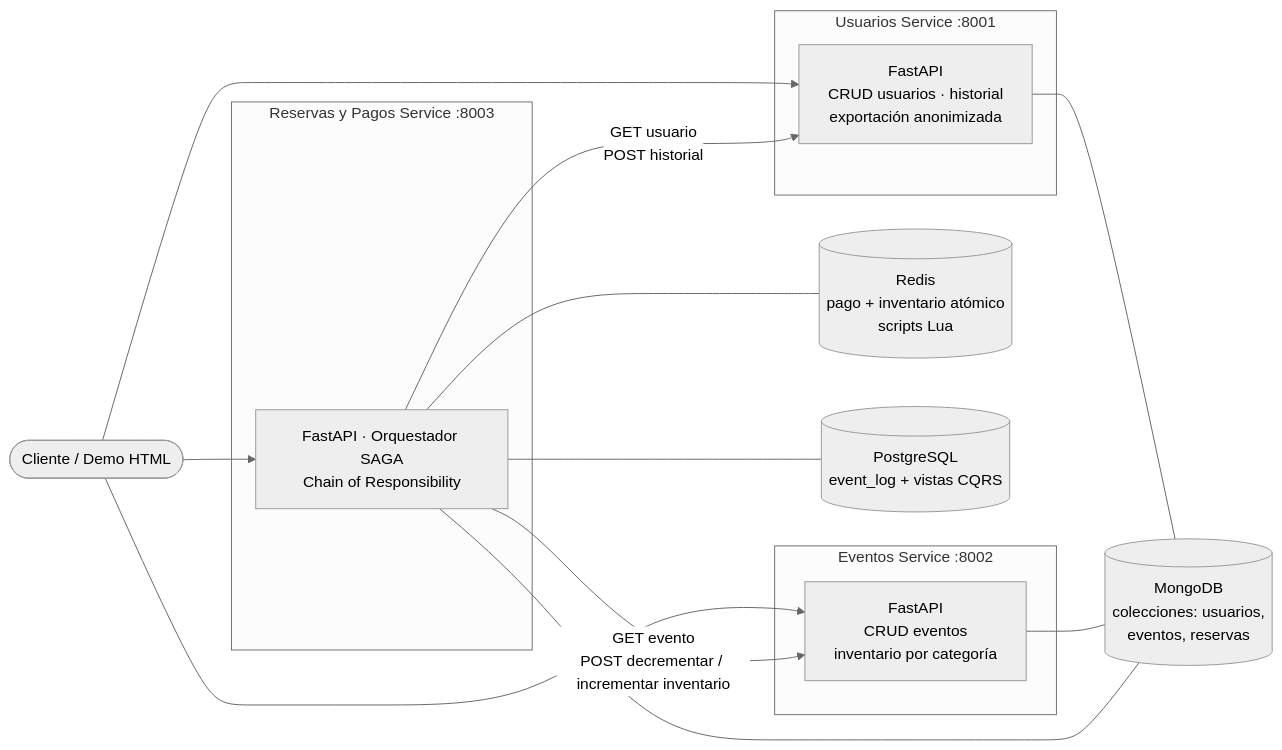
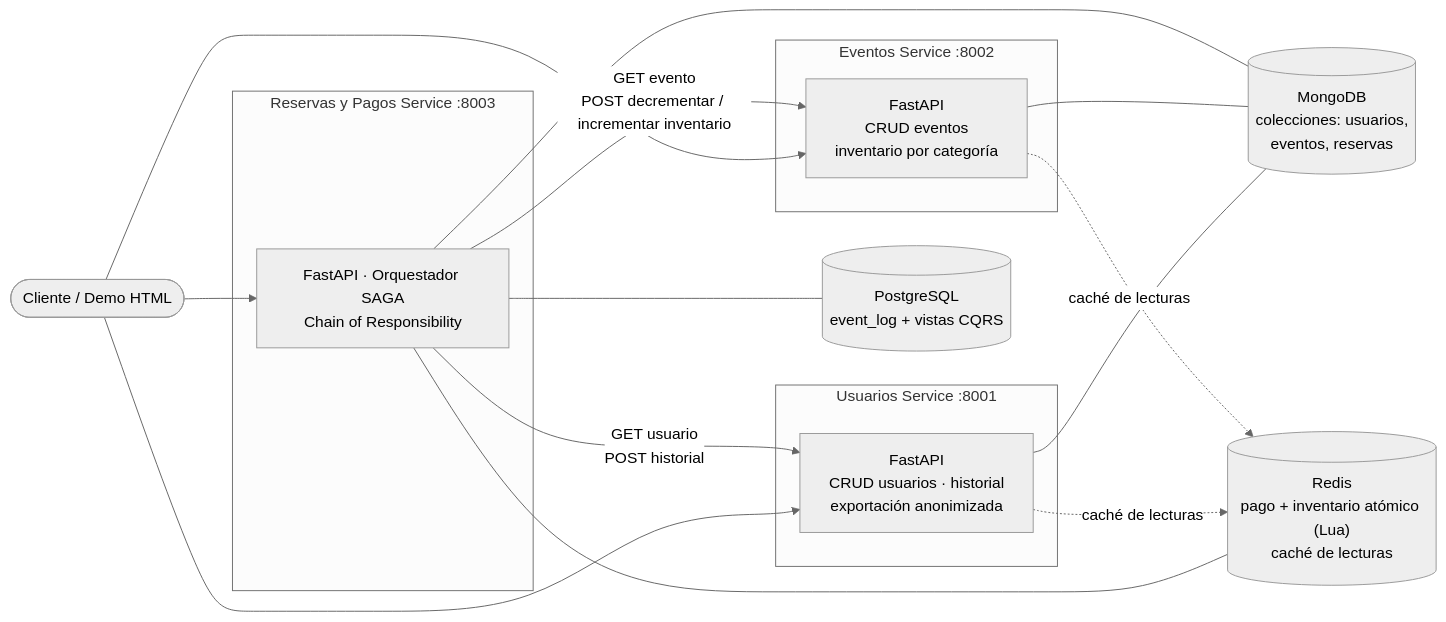
One commit to fmq203/FQ-NoSQL-2026 changed the first of 3 diagrams in TAREA 2/README.md. Above: the diagram before and after it, drawn with Mermaid (neutral theme). The commit also changed other lines of this file and 1 other file, not shown here.

First line of the commit message:
docs: AP read cache in README, architecture diagram and demo

````diff
--- a/TAREA 2/README.md
+++ b/TAREA 2/README.md
@@ -9,31 +9,33 @@
 ```mermaid
 flowchart LR
     C(["Cliente / Demo HTML"])
 
     subgraph US["Usuarios Service :8001"]
         U["FastAPI<br/>CRUD usuarios · historial<br/>exportación anonimizada"]
     end
     subgraph EV["Eventos Service :8002"]
         E["FastAPI<br/>CRUD eventos<br/>inventario por categoría"]
     end
     subgraph RS["Reservas y Pagos Service :8003"]
         R["FastAPI · Orquestador SAGA<br/>Chain of Responsibility"]
     end
 
     MG[("MongoDB<br/>colecciones: usuarios,<br/>eventos, reservas")]
-    RD[("Redis<br/>pago + inventario atómico<br/>scripts Lua")]
+    RD[("Redis<br/>pago + inventario atómico (Lua)<br/>caché de lecturas")]
     PG[("PostgreSQL<br/>event_log + vistas CQRS")]
 
     C --> U
     C --> E
     C --> R
 
     U --- MG
     E --- MG
     R --- MG
     R --- RD
     R --- PG
+    U -.->|"caché de lecturas"| RD
+    E -.->|"caché de lecturas"| RD
 
     R -->|"GET usuario<br/>POST historial"| U
     R -->|"GET evento<br/>POST decrementar / incrementar inventario"| E
 ```
````
